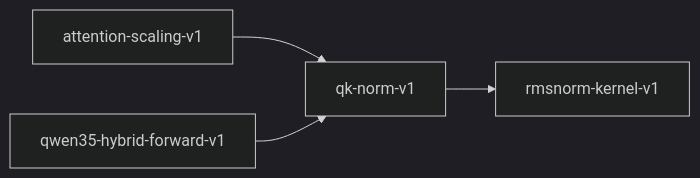
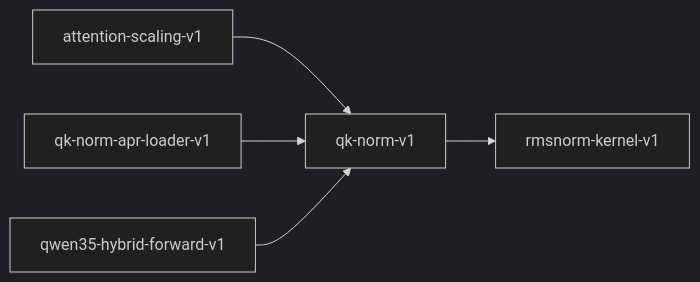
The diagram in book/src/contracts/qk-norm-v1.md (paiml/provable-contracts), drawn with Mermaid (dark theme) before and after one commit. The commit also changed 121 other files, not shown here.

````diff
--- a/book/src/contracts/qk-norm-v1.md
+++ b/book/src/contracts/qk-norm-v1.md
@@ -19,6 +19,7 @@
 ```mermaid
 graph LR
     qk_norm_v1["qk-norm-v1"] --> rmsnorm_kernel_v1["rmsnorm-kernel-v1"]
     attention_scaling_v1["attention-scaling-v1"] --> qk_norm_v1["qk-norm-v1"]
+    qk_norm_apr_loader_v1["qk-norm-apr-loader-v1"] --> qk_norm_v1["qk-norm-v1"]
     qwen35_hybrid_forward_v1["qwen35-hybrid-forward-v1"] --> qk_norm_v1["qk-norm-v1"]
 ```
````
